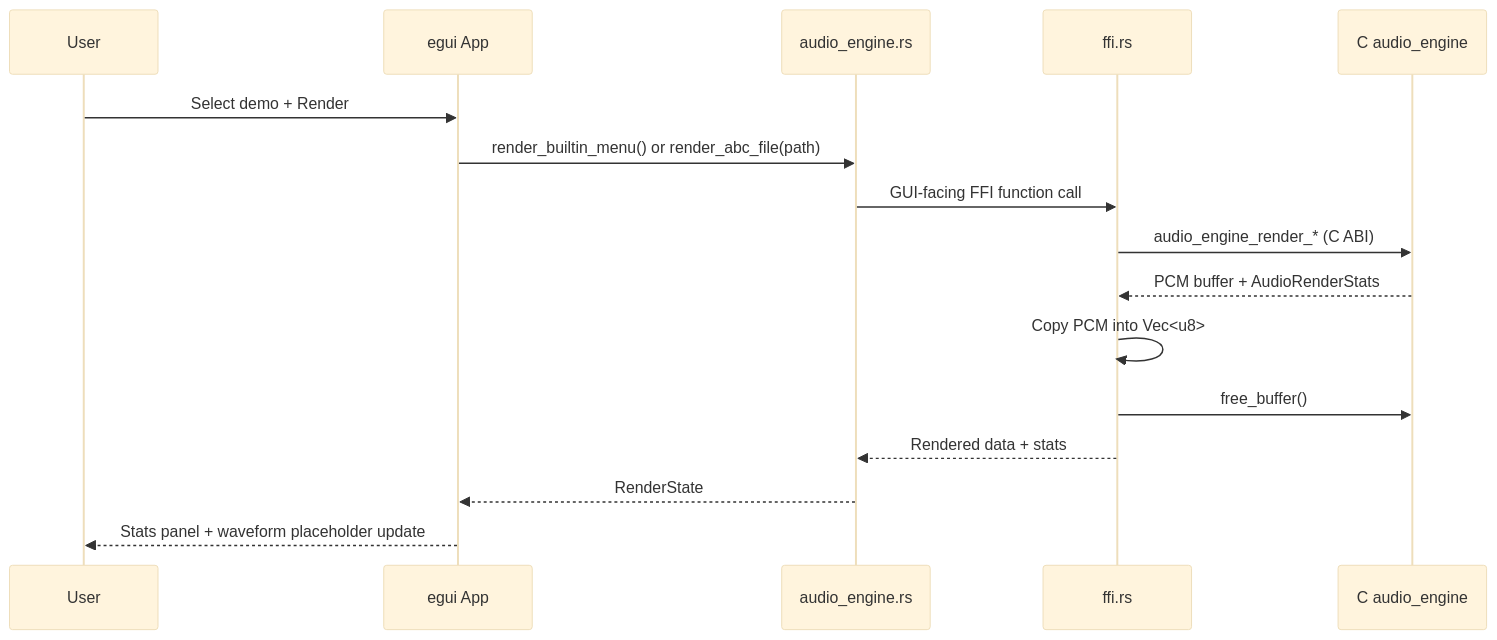
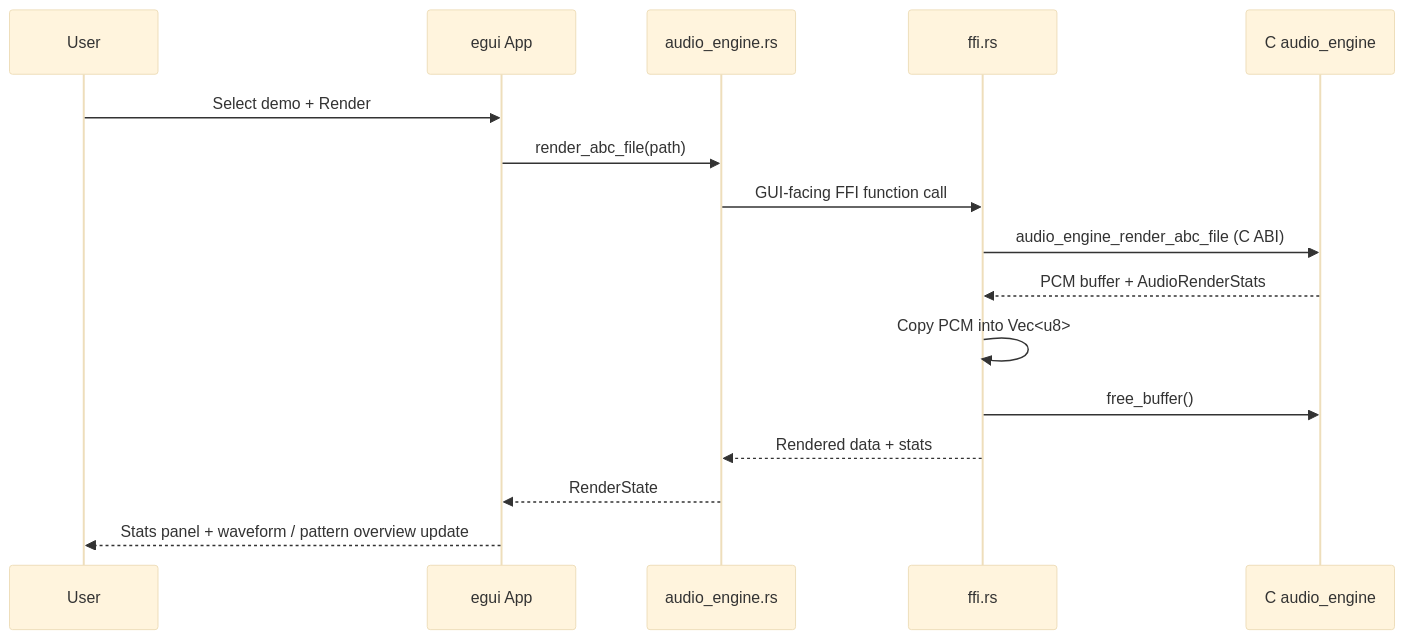
One commit to chussenot/memdeck changed the second of 2 diagrams in docs/gui-architecture.md. Above: the diagram before and after it, drawn with Mermaid (base theme). The commit also changed other lines of this file and 5 other files, not shown here.

First line of the commit message:
fix(gui): expose missing stats fields, clean up click handler, fix stale docs, add missing docs

````diff
--- a/docs/gui-architecture.md
+++ b/docs/gui-architecture.md
@@ -31,19 +31,19 @@
 ```mermaid
 sequenceDiagram
     participant U as User
     participant GUI as egui App
     participant AD as audio_engine.rs
     participant FFI as ffi.rs
     participant C as C audio_engine
 
     U->>GUI: Select demo + Render
-    GUI->>AD: render_builtin_menu() or render_abc_file(path)
+    GUI->>AD: render_abc_file(path)
     AD->>FFI: GUI-facing FFI function call
-    FFI->>C: audio_engine_render_* (C ABI)
+    FFI->>C: audio_engine_render_abc_file (C ABI)
     C-->>FFI: PCM buffer + AudioRenderStats
     FFI->>FFI: Copy PCM into Vec<u8>
     FFI->>C: free_buffer()
     FFI-->>AD: Rendered data + stats
     AD-->>GUI: RenderState
-    GUI-->>U: Stats panel + waveform placeholder update
+    GUI-->>U: Stats panel + waveform / pattern overview update
 ```
````
